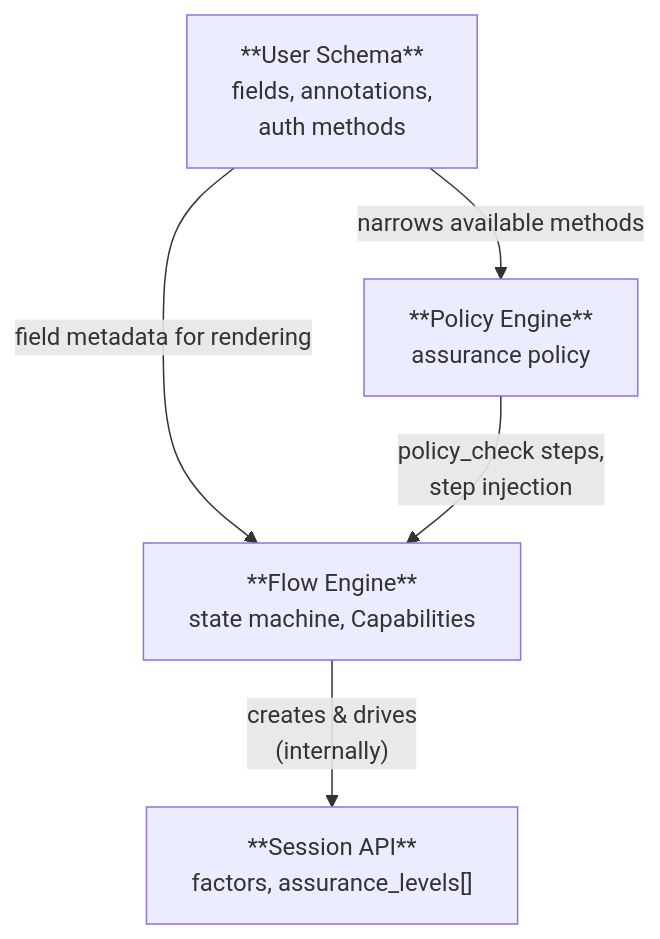
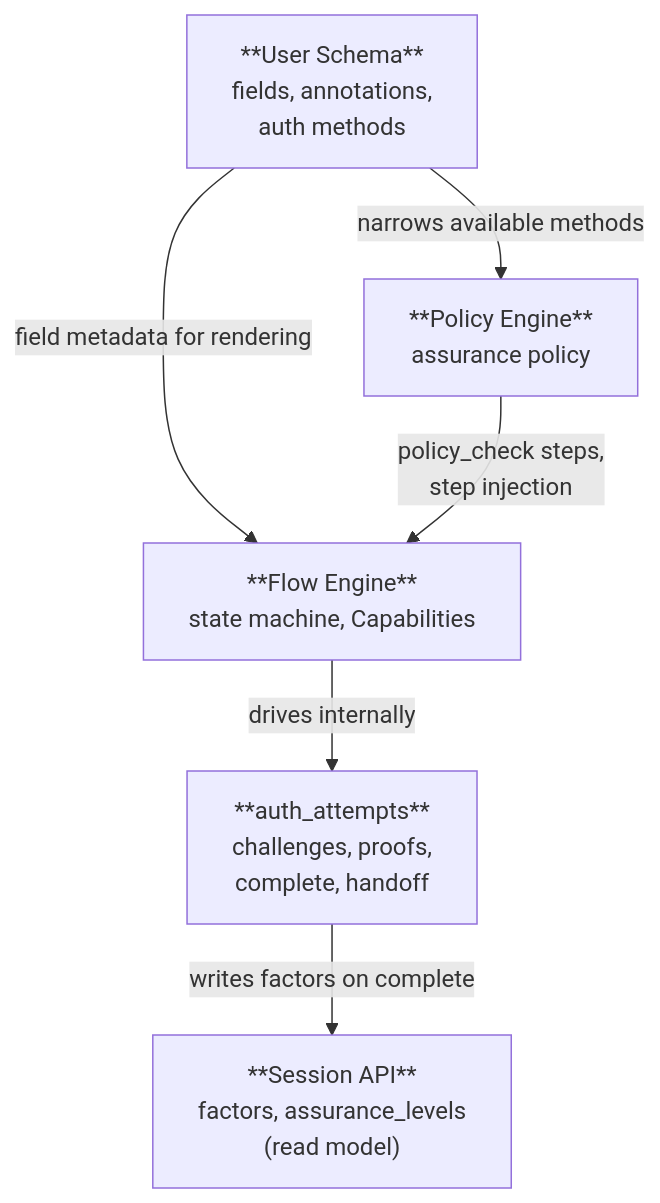
One commit to zitadel/nextgen changed the diagram in docs/design/flowengine/README.md. Above: the diagram before and after it, drawn with Mermaid. The commit also changed other lines of this file and 9 other files, not shown here.

First line of the commit message:
docs: update session and flow interaction design (#12)

````diff
--- a/docs/design/flowengine/README.md
+++ b/docs/design/flowengine/README.md
@@ -71,12 +74,14 @@
 ```mermaid
 graph TD
     Schema["**User Schema**<br>fields, annotations,<br>auth methods"]
     Policy["**Policy Engine**<br>assurance policy"]
     Flow["**Flow Engine**<br>state machine, Capabilities"]
-    Session["**Session API**<br>factors, assurance_levels[]"]
+    Attempts["**auth_attempts**<br>challenges, proofs,<br>complete, handoff"]
+    Session["**Session API**<br>factors, assurance_levels<br>(read model)"]
 
     Schema -- "narrows available methods" --> Policy
     Schema -- "field metadata for rendering" --> Flow
     Policy -- "policy_check steps,<br>step injection" --> Flow
-    Flow -- "creates & drives<br>(internally)" --> Session
+    Flow -- "drives internally" --> Attempts
+    Attempts -- "writes factors on complete" --> Session
 ```
````
